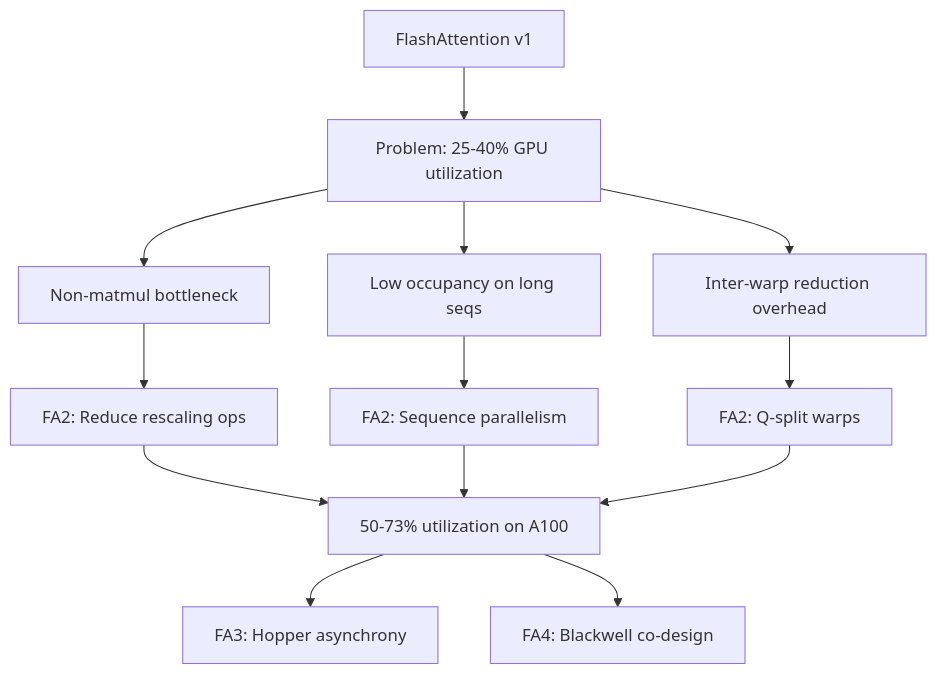
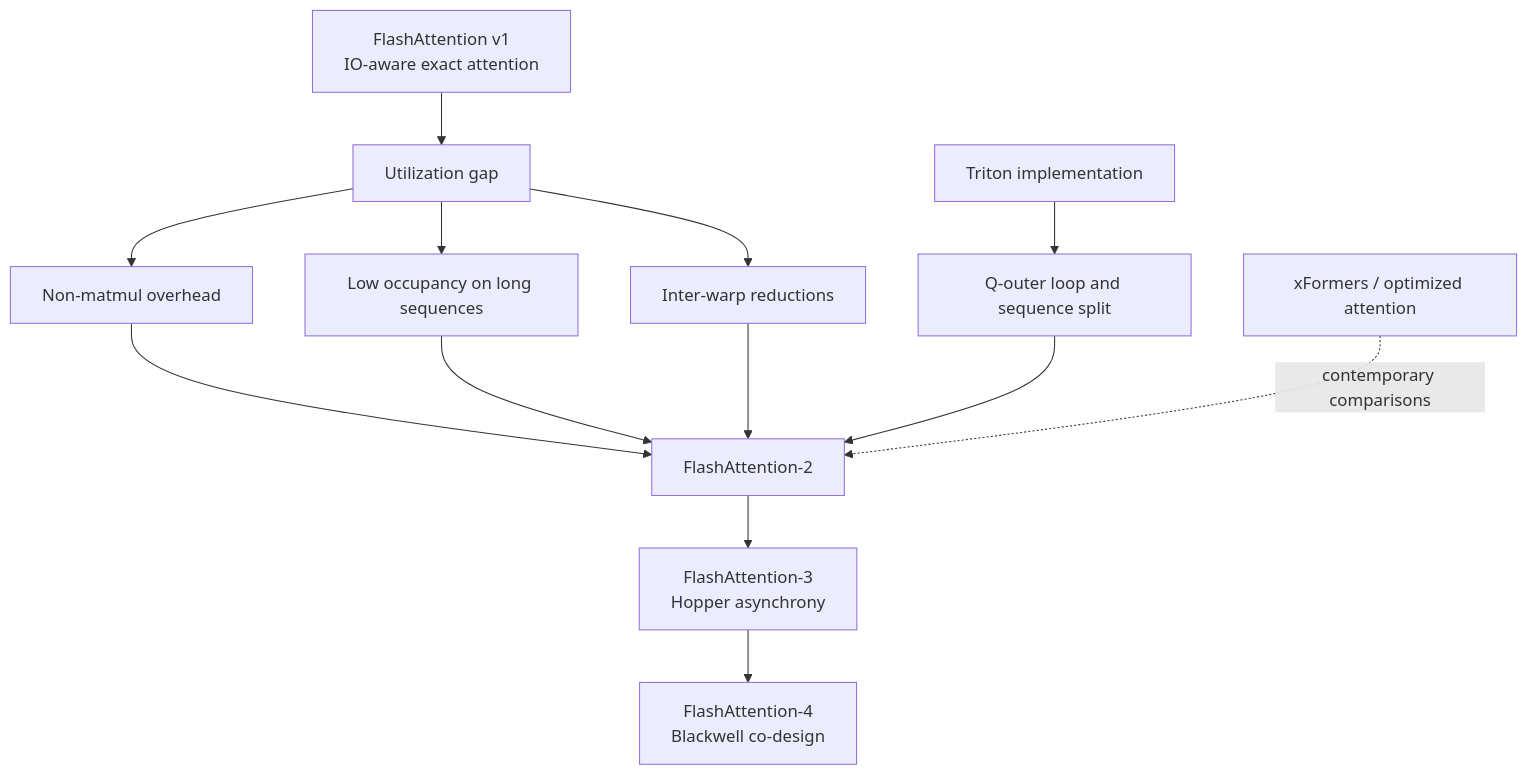
The diagram in docs/algorithms/flashattention/flashattention-2.md (zhongzhouTan-coder/zhongzhouTan-coder.github.io), drawn with Mermaid before and after one commit. The commit also changed other lines of this file and 9 other files, not shown here.

Commit message:
[docs] update the flash attention algorithm

````diff
--- a/docs/algorithms/flashattention/flashattention-2.md
+++ b/docs/algorithms/flashattention/flashattention-2.md
@@ -58,18 +46,15 @@
 ```mermaid
 flowchart TD
-    A["FlashAttention v1"] --> B["Problem: 25-40% GPU utilization"]
-    B --> C1["Non-matmul bottleneck"]
-    B --> C2["Low occupancy on long seqs"]
-    B --> C3["Inter-warp reduction overhead"]
-
-    C1 --> D1["FA2: Reduce rescaling ops"]
-    C2 --> D2["FA2: Sequence parallelism"]
-    C3 --> D3["FA2: Q-split warps"]
-
-    D1 --> E["50-73% utilization on A100"]
-    D2 --> E
-    D3 --> E
-
-    E --> F["FA3: Hopper asynchrony"]
-    E --> G["FA4: Blackwell co-design"]
+    FA1["FlashAttention v1<br/>IO-aware exact attention"] --> GAP["Utilization gap"]
+    GAP --> NM["Non-matmul overhead"]
+    GAP --> OCC["Low occupancy on long sequences"]
+    GAP --> RED["Inter-warp reductions"]
+    TRITON["Triton implementation"] --> LOOP["Q-outer loop and sequence split"]
+    NM --> FA2["FlashAttention-2"]
+    OCC --> FA2
+    RED --> FA2
+    LOOP --> FA2
+    FA2 --> FA3["FlashAttention-3<br/>Hopper asynchrony"]
+    FA3 --> FA4["FlashAttention-4<br/>Blackwell co-design"]
+    XF["xFormers / optimized attention"] -. "contemporary comparisons" .-> FA2
 ```
````
